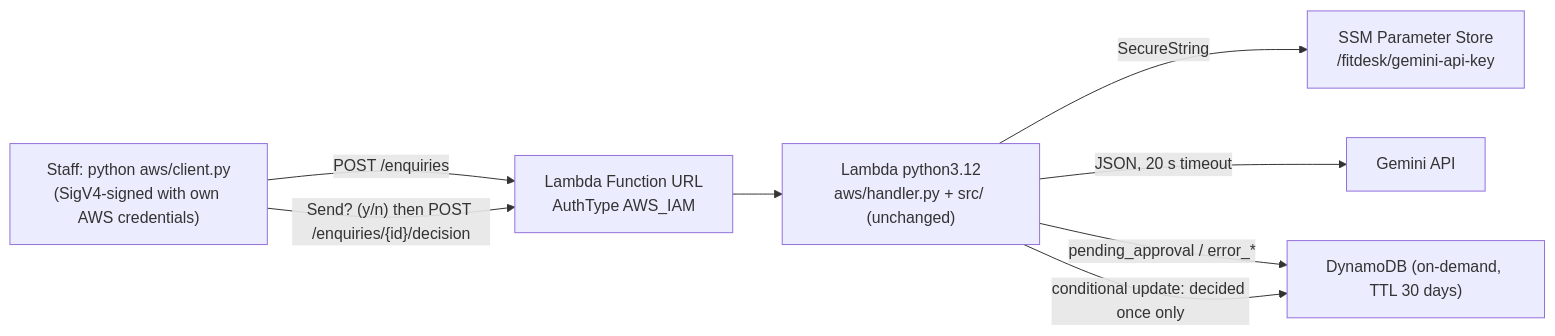
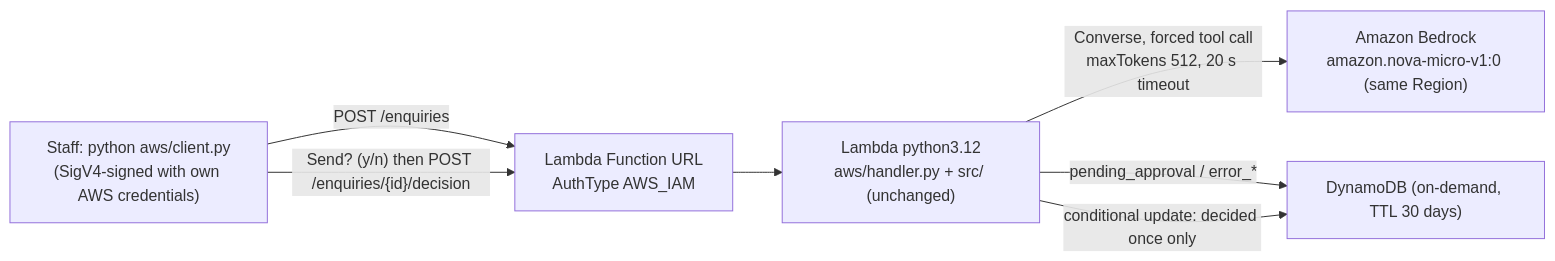
The diagram in aws/README.md (ZolisaSilolo/rahn-assessment-zolisa-silolo), drawn with Mermaid before and after one commit. The commit also changed other lines of this file and 3 other files, not shown here.

Commit message:
aws-deploy: Bedrock (Nova Micro, same-Region on-demand) as default provider, least-privilege InvokeModel, us-east-1 deploy docs, AWS-09

````diff
--- a/aws/README.md
+++ b/aws/README.md
@@ -8,10 +9,9 @@
 ```mermaid
 flowchart LR
     S["Staff: python aws/client.py<br/>(SigV4-signed with own AWS credentials)"] -->|"POST /enquiries"| U["Lambda Function URL<br/>AuthType AWS_IAM"]
     U --> L["Lambda python3.12<br/>aws/handler.py + src/ (unchanged)"]
-    L -->|"SecureString"| P["SSM Parameter Store<br/>/fitdesk/gemini-api-key"]
-    L -->|"JSON, 20 s timeout"| G["Gemini API"]
+    L -->|"Converse, forced tool call<br/>maxTokens 512, 20 s timeout"| B["Amazon Bedrock<br/>amazon.nova-micro-v1:0 (same Region)"]
     L -->|"pending_approval / error_*"| D["DynamoDB (on-demand, TTL 30 days)"]
     S -->|"Send? (y/n) then POST /enquiries/{id}/decision"| U
     L -->|"conditional update: decided once only"| D
 ```
````
